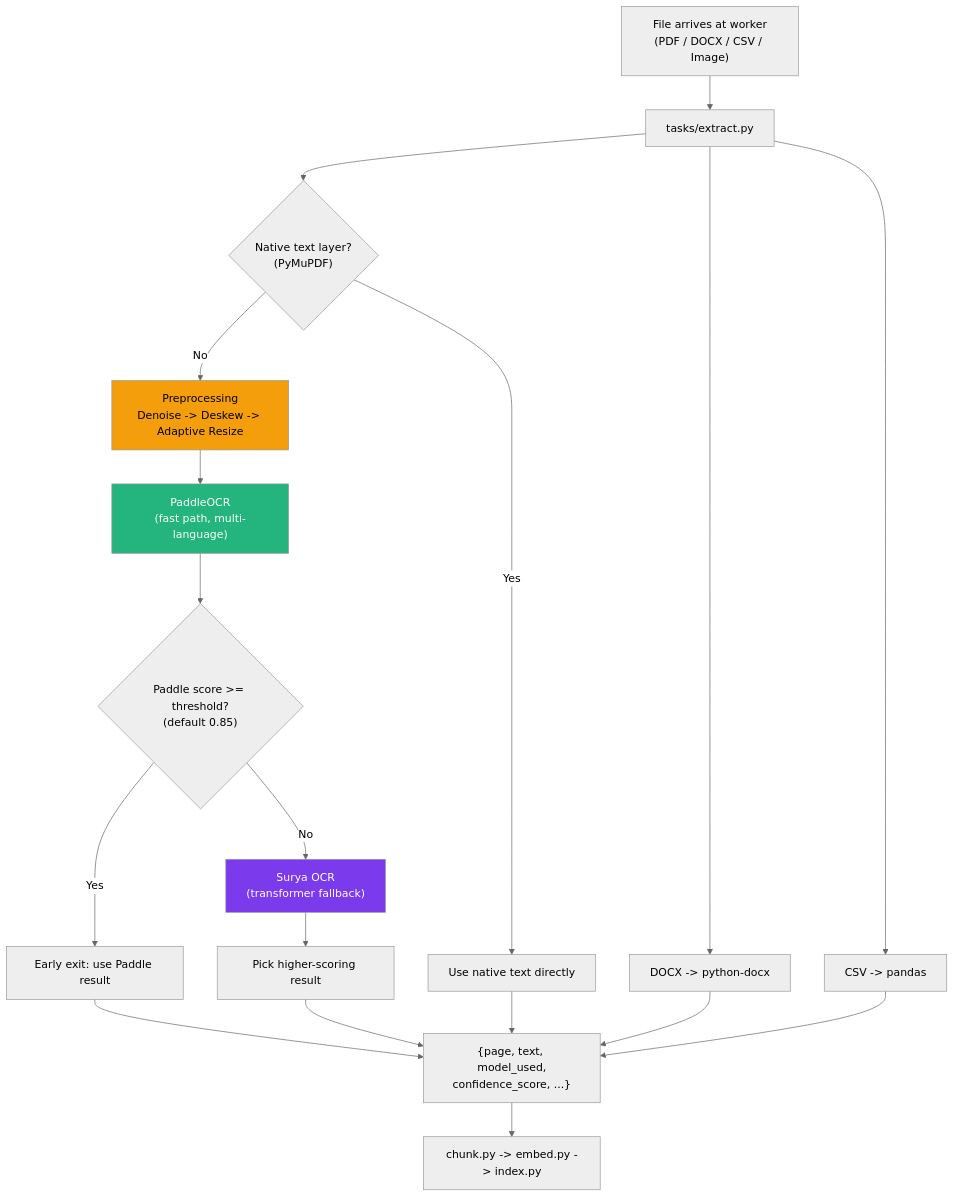
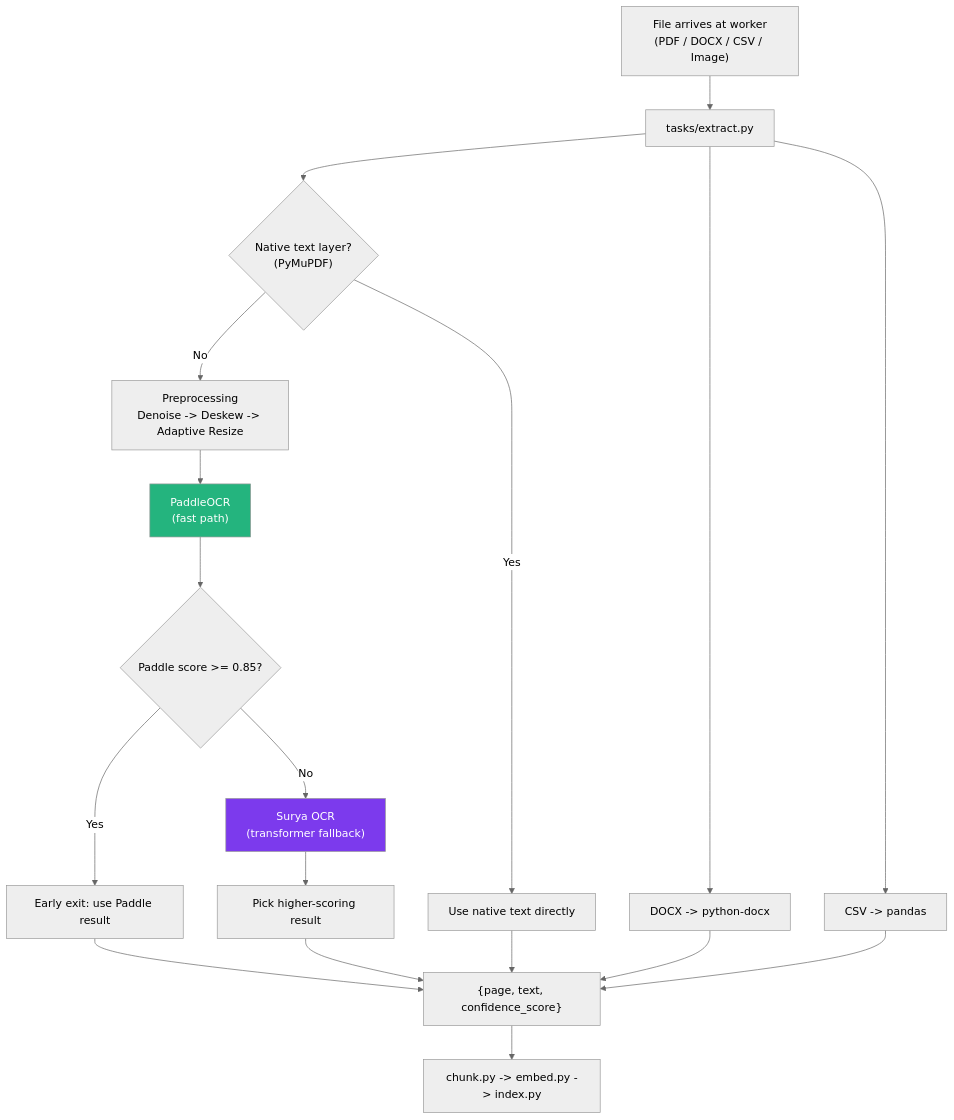
One commit to Kyrollo/Chatbot-Fixed-Solutions-Rag-System changed the fourth of 4 diagrams in README.md. Above: the diagram before and after it, drawn with Mermaid (neutral theme). The commit also changed other lines of this file and 249 other files, not shown here.

````diff
--- a/README.md
+++ b/README.md
@@ -734,39 +311,38 @@
 ```mermaid
 flowchart TD
     F["File arrives at worker\n(PDF / DOCX / CSV / Image)"]
     EXT["tasks/extract.py"]
     DOCX["DOCX -> python-docx"]
     CSV["CSV -> pandas"]
     NATIVE{"Native text layer?\n(PyMuPDF)"}
     DIRECT["Use native text directly"]
     PRE["Preprocessing\nDenoise -> Deskew -> Adaptive Resize"]
-    PADDLE["PaddleOCR\n(fast path, multi-language)"]
-    PSCORE{"Paddle score >= threshold?\n(default 0.85)"}
+    PADDLE["PaddleOCR\n(fast path)"]
+    PSCORE{"Paddle score >= 0.85?"}
     EXIT["Early exit: use Paddle result"]
     SURYA["Surya OCR\n(transformer fallback)"]
     PICK["Pick higher-scoring result"]
-    OUT["{page, text, model_used,\nconfidence_score, ...}"]
+    OUT["{page, text, confidence_score}"]
     CHUNK["chunk.py -> embed.py -> index.py"]
 
     F --> EXT
     EXT --> DOCX
     EXT --> CSV
     EXT --> NATIVE
     NATIVE -->|Yes| DIRECT
     NATIVE -->|No| PRE
     PRE --> PADDLE
     PADDLE --> PSCORE
     PSCORE -->|Yes| EXIT
     PSCORE -->|No| SURYA
     SURYA --> PICK
     EXIT --> OUT
     PICK --> OUT
     DIRECT --> OUT
     DOCX --> OUT
     CSV --> OUT
     OUT --> CHUNK
 
     style PADDLE fill:#24b47e,color:#fff
     style SURYA fill:#7c3aed,color:#fff
-    style PRE fill:#f59e0b,color:#000
 ```
````
